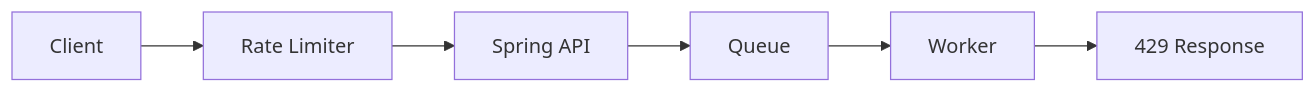
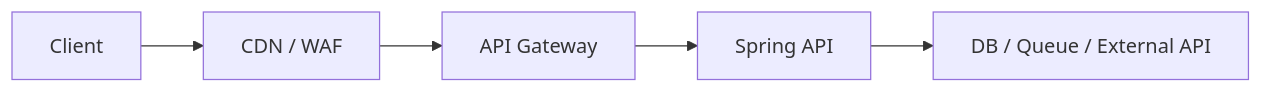
One commit to thisis-joe/thisis-joe.github.io changed the diagram in content/System Design/08. Rate Limit Backpressure/01. Rate Limit 목적과 알고리즘 상세.md. Above: the diagram before and after it, drawn with Mermaid. The commit also changed other lines of this file and 595 other files, not shown here.

````diff
--- a/content/System Design/08. Rate Limit Backpressure/01. Rate Limit 목적과 알고리즘 상세.md
+++ b/content/System Design/08. Rate Limit Backpressure/01. Rate Limit 목적과 알고리즘 상세.md
@@ -42,8 +36,7 @@
 ```mermaid
 flowchart LR
-    A["Client"] --> B["Rate Limiter"]
-    B["Rate Limiter"] --> C["Spring API"]
-    C["Spring API"] --> D["Queue"]
-    D["Queue"] --> E["Worker"]
-    E["Worker"] --> F["429 Response"]
+    A["Client"] --> B["CDN / WAF"]
+    B --> C["API Gateway"]
+    C --> D["Spring API"]
+    D --> E["DB / Queue / External API"]
 ```
````
